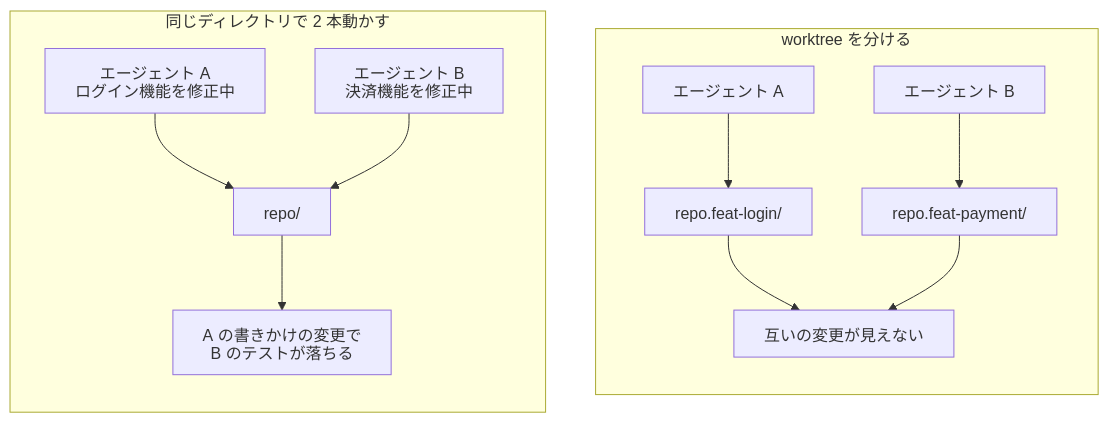
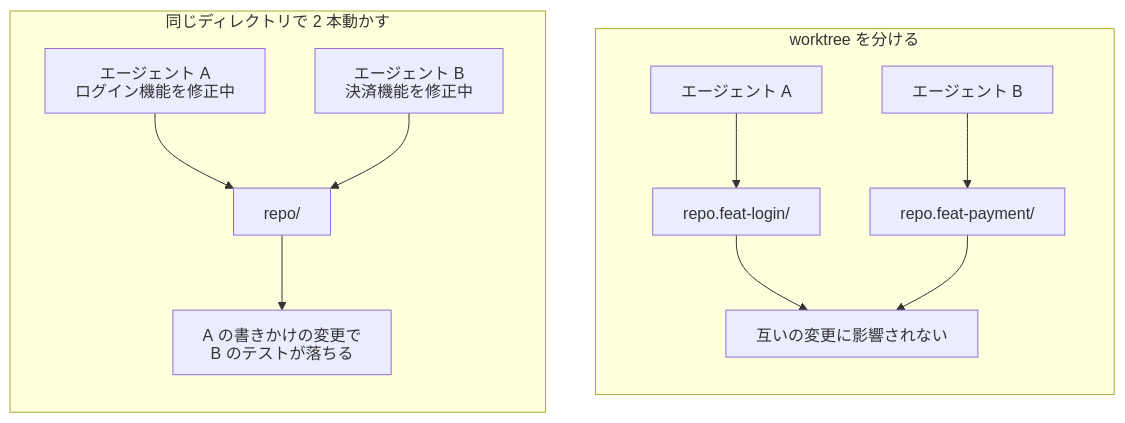
One commit to rikukaInoue/rikukadev changed the second of 22 diagrams in src/content/blog/worktree-isolation-clonefile-portless.mdx. Above: the diagram before and after it, drawn with Mermaid. The commit also changed other lines of this file, not shown here.

````diff
--- a/src/content/blog/worktree-isolation-clonefile-portless.mdx
+++ b/src/content/blog/worktree-isolation-clonefile-portless.mdx
@@ -74,20 +74,20 @@
 ```mermaid
 %%{init: {"htmlLabels": false, "flowchart": {"htmlLabels": false}}}%%
 flowchart LR
     subgraph bad["同じディレクトリで 2 本動かす"]
         direction TB
         BA["エージェント A<br/>ログイン機能を修正中"] --> BD["repo/"]
         BB["エージェント B<br/>決済機能を修正中"] --> BD
         BD --> BX["A の書きかけの変更で<br/>B のテストが落ちる"]
     end
 
     subgraph good["worktree を分ける"]
         direction TB
         GA["エージェント A"] --> GD1["repo.feat-login/"]
         GB["エージェント B"] --> GD2["repo.feat-payment/"]
-        GD1 --> GX["互いの変更が見えない"]
+        GD1 --> GX["互いの変更に影響されない"]
         GD2 --> GX
     end
 
     bad ~~~ good
 ```
````
